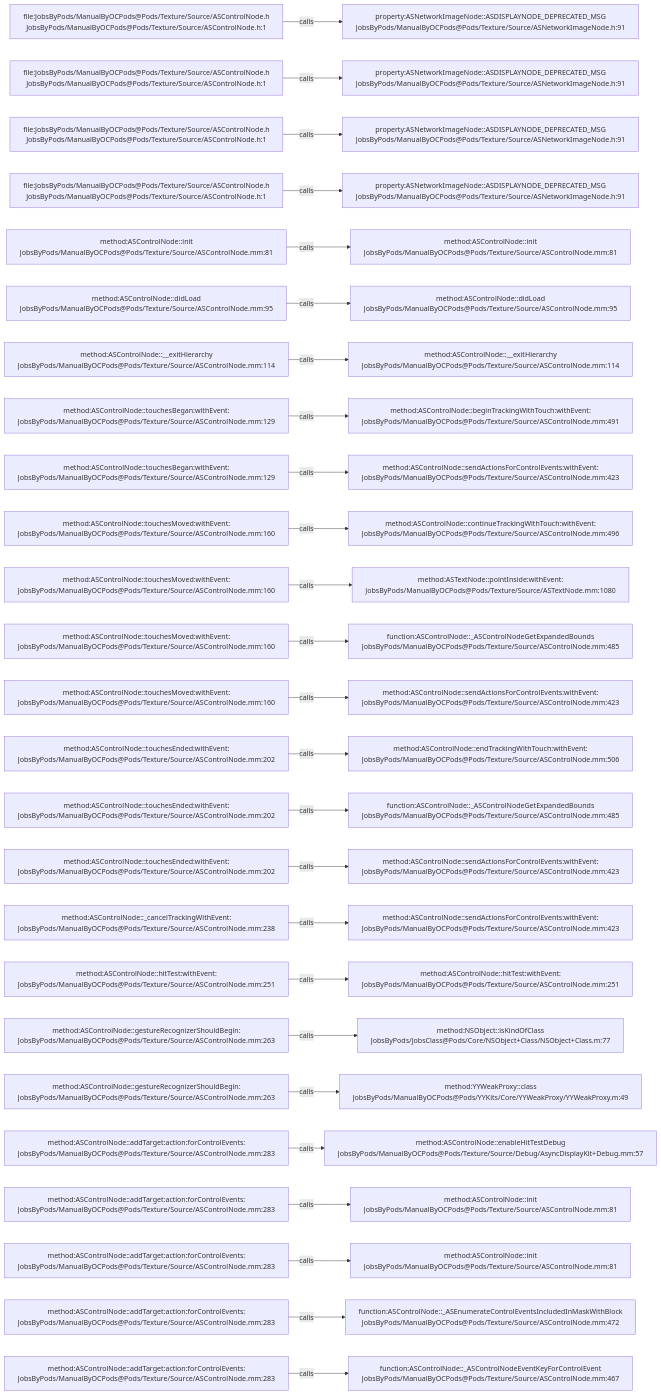
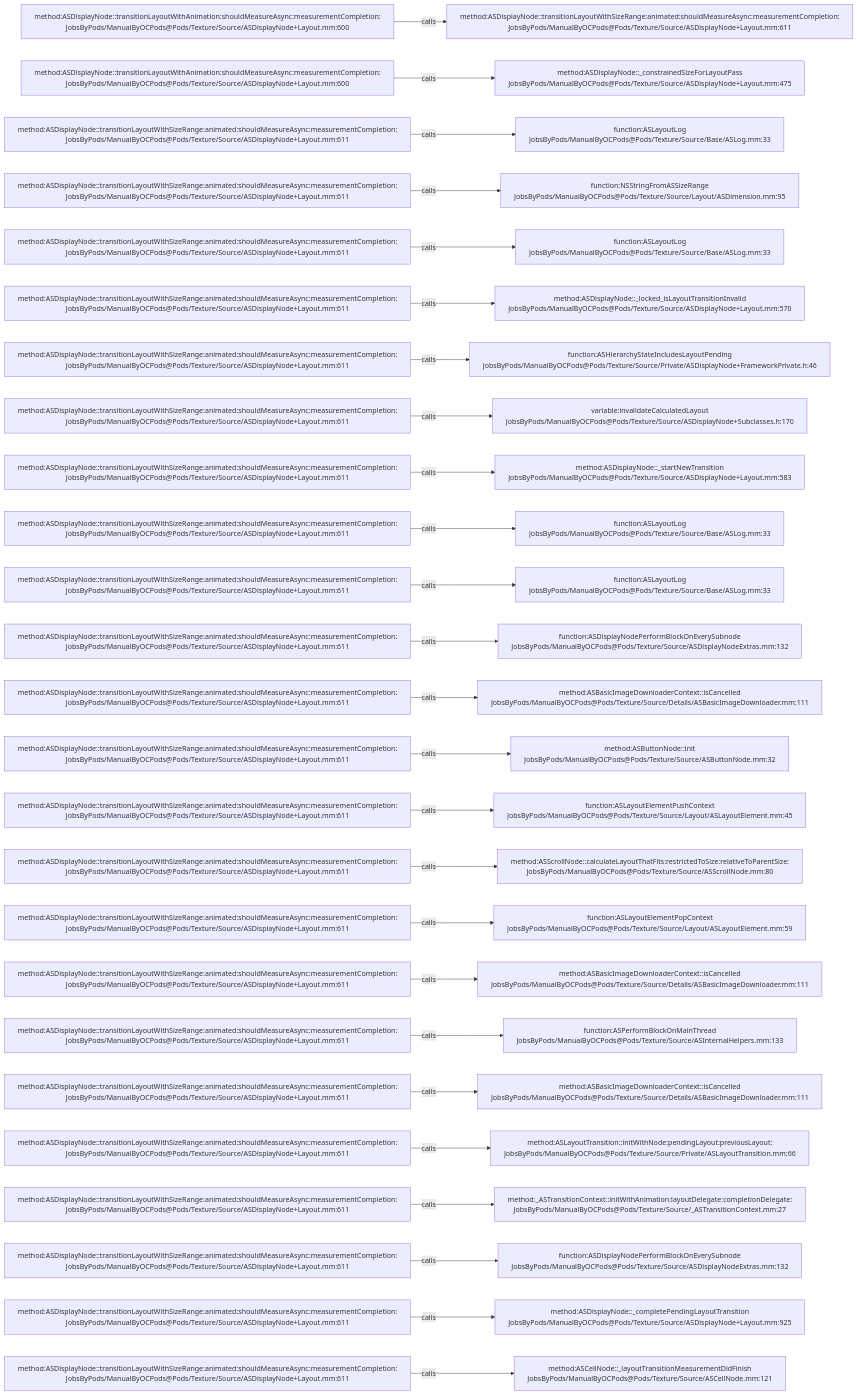
One commit to JobsKits/JobsOCBaseConfigDemo changed the diagram in .codegraph/codegraph.md/graphs/calls-094.md. Above: the diagram before and after it, drawn with Mermaid. The commit also changed 1223 other files, not shown here.

````diff
--- a/.codegraph/codegraph.md/graphs/calls-094.md
+++ b/.codegraph/codegraph.md/graphs/calls-094.md
@@ -13,78 +13,78 @@
 ```mermaid
 flowchart LR
-  S1["file:JobsByPods/ManualByOCPods@Pods/Texture/Source/ASControlNode.h<br/>JobsByPods/ManualByOCPods@Pods/Texture/Source/ASControlNode.h:1"]
-  T1["property:ASNetworkImageNode::ASDISPLAYNODE_DEPRECATED_MSG<br/>JobsByPods/ManualByOCPods@Pods/Texture/Source/ASNetworkImageNode.h:91"]
+  S1["method:ASDisplayNode::transitionLayoutWithAnimation:shouldMeasureAsync:measurementCompletion:<br/>JobsByPods/ManualByOCPods@Pods/Texture/Source/ASDisplayNode+Layout.mm:600"]
+  T1["method:ASDisplayNode::transitionLayoutWithSizeRange:animated:shouldMeasureAsync:measurementCompletion:<br/>JobsByPods/ManualByOCPods@Pods/Texture/Source/ASDisplayNode+Layout.mm:611"]
   S1 -->|calls| T1
-  S2["file:JobsByPods/ManualByOCPods@Pods/Texture/Source/ASControlNode.h<br/>JobsByPods/ManualByOCPods@Pods/Texture/Source/ASControlNode.h:1"]
-  T2["property:ASNetworkImageNode::ASDISPLAYNODE_DEPRECATED_MSG<br/>JobsByPods/ManualByOCPods@Pods/Texture/Source/ASNetworkImageNode.h:91"]
+  S2["method:ASDisplayNode::transitionLayoutWithAnimation:shouldMeasureAsync:measurementCompletion:<br/>JobsByPods/ManualByOCPods@Pods/Texture/Source/ASDisplayNode+Layout.mm:600"]
+  T2["method:ASDisplayNode::_constrainedSizeForLayoutPass<br/>JobsByPods/ManualByOCPods@Pods/Texture/Source/ASDisplayNode+Layout.mm:475"]
   S2 -->|calls| T2
-  S3["file:JobsByPods/ManualByOCPods@Pods/Texture/Source/ASControlNode.h<br/>JobsByPods/ManualByOCPods@Pods/Texture/Source/ASControlNode.h:1"]
-  T3["property:ASNetworkImageNode::ASDISPLAYNODE_DEPRECATED_MSG<br/>JobsByPods/ManualByOCPods@Pods/Texture/Source/ASNetworkImageNode.h:91"]
+  S3["method:ASDisplayNode::transitionLayoutWithSizeRange:animated:shouldMeasureAsync:measurementCompletion:<br/>JobsByPods/ManualByOCPods@Pods/Texture/Source/ASDisplayNode+Layout.mm:611"]
+  T3["function:ASLayoutLog<br/>JobsByPods/ManualByOCPods@Pods/Texture/Source/Base/ASLog.mm:33"]
   S3 -->|calls| T3
-  S4["file:JobsByPods/ManualByOCPods@Pods/Texture/Source/ASControlNode.h<br/>JobsByPods/ManualByOCPods@Pods/Texture/Source/ASControlNode.h:1"]
-  T4["property:ASNetworkImageNode::ASDISPLAYNODE_DEPRECATED_MSG<br/>JobsByPods/ManualByOCPods@Pods/Texture/Source/ASNetworkImageNode.h:91"]
+  S4["method:ASDisplayNode::transitionLayoutWithSizeRange:animated:shouldMeasureAsync:measurementCompletion:<br/>JobsByPods/ManualByOCPods@Pods/Texture/Source/ASDisplayNode+Layout.mm:611"]
+  T4["function:NSStringFromASSizeRange<br/>JobsByPods/ManualByOCPods@Pods/Texture/Source/Layout/ASDimension.mm:95"]
   S4 -->|calls| T4
-  S5["method:ASControlNode::init<br/>JobsByPods/ManualByOCPods@Pods/Texture/Source/ASControlNode.mm:81"]
-  T5["method:ASControlNode::init<br/>JobsByPods/ManualByOCPods@Pods/Texture/Source/ASControlNode.mm:81"]
+  S5["method:ASDisplayNode::transitionLayoutWithSizeRange:animated:shouldMeasureAsync:measurementCompletion:<br/>JobsByPods/ManualByOCPods@Pods/Texture/Source/ASDisplayNode+Layout.mm:611"]
+  T5["function:ASLayoutLog<br/>JobsByPods/ManualByOCPods@Pods/Texture/Source/Base/ASLog.mm:33"]
   S5 -->|calls| T5
-  S6["method:ASControlNode::didLoad<br/>JobsByPods/ManualByOCPods@Pods/Texture/Source/ASControlNode.mm:95"]
-  T6["method:ASControlNode::didLoad<br/>JobsByPods/ManualByOCPods@Pods/Texture/Source/ASControlNode.mm:95"]
+  S6["method:ASDisplayNode::transitionLayoutWithSizeRange:animated:shouldMeasureAsync:measurementCompletion:<br/>JobsByPods/ManualByOCPods@Pods/Texture/Source/ASDisplayNode+Layout.mm:611"]
+  T6["method:ASDisplayNode::_locked_isLayoutTransitionInvalid<br/>JobsByPods/ManualByOCPods@Pods/Texture/Source/ASDisplayNode+Layout.mm:570"]
   S6 -->|calls| T6
-  S7["method:ASControlNode::__exitHierarchy<br/>JobsByPods/ManualByOCPods@Pods/Texture/Source/ASControlNode.mm:114"]
-  T7["method:ASControlNode::__exitHierarchy<br/>JobsByPods/ManualByOCPods@Pods/Texture/Source/ASControlNode.mm:114"]
+  S7["method:ASDisplayNode::transitionLayoutWithSizeRange:animated:shouldMeasureAsync:measurementCompletion:<br/>JobsByPods/ManualByOCPods@Pods/Texture/Source/ASDisplayNode+Layout.mm:611"]
+  T7["function:ASHierarchyStateIncludesLayoutPending<br/>JobsByPods/ManualByOCPods@Pods/Texture/Source/Private/ASDisplayNode+FrameworkPrivate.h:46"]
   S7 -->|calls| T7
-  S8["method:ASControlNode::touchesBegan:withEvent:<br/>JobsByPods/ManualByOCPods@Pods/Texture/Source/ASControlNode.mm:129"]
-  T8["method:ASControlNode::beginTrackingWithTouch:withEvent:<br/>JobsByPods/ManualByOCPods@Pods/Texture/Source/ASControlNode.mm:491"]
+  S8["method:ASDisplayNode::transitionLayoutWithSizeRange:animated:shouldMeasureAsync:measurementCompletion:<br/>JobsByPods/ManualByOCPods@Pods/Texture/Source/ASDisplayNode+Layout.mm:611"]
+  T8["variable:invalidateCalculatedLayout<br/>JobsByPods/ManualByOCPods@Pods/Texture/Source/ASDisplayNode+Subclasses.h:170"]
   S8 -->|calls| T8
-  S9["method:ASControlNode::touchesBegan:withEvent:<br/>JobsByPods/ManualByOCPods@Pods/Texture/Source/ASControlNode.mm:129"]
-  T9["method:ASControlNode::sendActionsForControlEvents:withEvent:<br/>JobsByPods/ManualByOCPods@Pods/Texture/Source/ASControlNode.mm:423"]
+  S9["method:ASDisplayNode::transitionLayoutWithSizeRange:animated:shouldMeasureAsync:measurementCompletion:<br/>JobsByPods/ManualByOCPods@Pods/Texture/Source/ASDisplayNode+Layout.mm:611"]
+  T9["method:ASDisplayNode::_startNewTransition<br/>JobsByPods/ManualByOCPods@Pods/Texture/Source/ASDisplayNode+Layout.mm:583"]
   S9 -->|calls| T9
-  S10["method:ASControlNode::touchesMoved:withEvent:<br/>JobsByPods/ManualByOCPods@Pods/Texture/Source/ASControlNode.mm:160"]
-  T10["method:ASControlNode::continueTrackingWithTouch:withEvent:<br/>JobsByPods/ManualByOCPods@Pods/Texture/Source/ASControlNode.mm:496"]
+  S10["method:ASDisplayNode::transitionLayoutWithSizeRange:animated:shouldMeasureAsync:measurementCompletion:<br/>JobsByPods/ManualByOCPods@Pods/Texture/Source/ASDisplayNode+Layout.mm:611"]
+  T10["function:ASLayoutLog<br/>JobsByPods/ManualByOCPods@Pods/Texture/Source/Base/ASLog.mm:33"]
   S10 -->|calls| T10
-  S11["method:ASControlNode::touchesMoved:withEvent:<br/>JobsByPods/ManualByOCPods@Pods/Texture/Source/ASControlNode.mm:160"]
-  T11["method:ASTextNode::pointInside:withEvent:<br/>JobsByPods/ManualByOCPods@Pods/Texture/Source/ASTextNode.mm:1080"]
+  S11["method:ASDisplayNode::transitionLayoutWithSizeRange:animated:shouldMeasureAsync:measurementCompletion:<br/>JobsByPods/ManualByOCPods@Pods/Texture/Source/ASDisplayNode+Layout.mm:611"]
+  T11["function:ASLayoutLog<br/>JobsByPods/ManualByOCPods@Pods/Texture/Source/Base/ASLog.mm:33"]
   S11 -->|calls| T11
-  S12["method:ASControlNode::touchesMoved:withEvent:<br/>JobsByPods/ManualByOCPods@Pods/Texture/Source/ASControlNode.mm:160"]
-  T12["function:ASControlNode::_ASControlNodeGetExpandedBounds<br/>JobsByPods/ManualByOCPods@Pods/Texture/Source/ASControlNode.mm:485"]
+  S12["method:ASDisplayNode::transitionLayoutWithSizeRange:animated:shouldMeasureAsync:measurementCompletion:<br/>JobsByPods/ManualByOCPods@Pods/Texture/Source/ASDisplayNode+Layout.mm:611"]
+  T12["function:ASDisplayNodePerformBlockOnEverySubnode<br/>JobsByPods/ManualByOCPods@Pods/Texture/Source/ASDisplayNodeExtras.mm:132"]
   S12 -->|calls| T12
-  S13["method:ASControlNode::touchesMoved:withEvent:<br/>JobsByPods/ManualByOCPods@Pods/Texture/Source/ASControlNode.mm:160"]
-  T13["method:ASControlNode::sendActionsForControlEvents:withEvent:<br/>JobsByPods/ManualByOCPods@Pods/Texture/Source/ASControlNode.mm:423"]
+  S13["method:ASDisplayNode::transitionLayoutWithSizeRange:animated:shouldMeasureAsync:measurementCompletion:<br/>JobsByPods/ManualByOCPods@Pods/Texture/Source/ASDisplayNode+Layout.mm:611"]
+  T13["method:ASBasicImageDownloaderContext::isCancelled<br/>JobsByPods/ManualByOCPods@Pods/Texture/Source/Details/ASBasicImageDownloader.mm:111"]
   S13 -->|calls| T13
-  S14["method:ASControlNode::touchesEnded:withEvent:<br/>JobsByPods/ManualByOCPods@Pods/Texture/Source/ASControlNode.mm:202"]
-  T14["method:ASControlNode::endTrackingWithTouch:withEvent:<br/>JobsByPods/ManualByOCPods@Pods/Texture/Source/ASControlNode.mm:506"]
+  S14["method:ASDisplayNode::transitionLayoutWithSizeRange:animated:shouldMeasureAsync:measurementCompletion:<br/>JobsByPods/ManualByOCPods@Pods/Texture/Source/ASDisplayNode+Layout.mm:611"]
+  T14["method:ASButtonNode::init<br/>JobsByPods/ManualByOCPods@Pods/Texture/Source/ASButtonNode.mm:32"]
   S14 -->|calls| T14
-  S15["method:ASControlNode::touchesEnded:withEvent:<br/>JobsByPods/ManualByOCPods@Pods/Texture/Source/ASControlNode.mm:202"]
-  T15["function:ASControlNode::_ASControlNodeGetExpandedBounds<br/>JobsByPods/ManualByOCPods@Pods/Texture/Source/ASControlNode.mm:485"]
+  S15["method:ASDisplayNode::transitionLayoutWithSizeRange:animated:shouldMeasureAsync:measurementCompletion:<br/>JobsByPods/ManualByOCPods@Pods/Texture/Source/ASDisplayNode+Layout.mm:611"]
+  T15["function:ASLayoutElementPushContext<br/>JobsByPods/ManualByOCPods@Pods/Texture/Source/Layout/ASLayoutElement.mm:45"]
   S15 -->|calls| T15
-  S16["method:ASControlNode::touchesEnded:withEvent:<br/>JobsByPods/ManualByOCPods@Pods/Texture/Source/ASControlNode.mm:202"]
-  T16["method:ASControlNode::sendActionsForControlEvents:withEvent:<br/>JobsByPods/ManualByOCPods@Pods/Texture/Source/ASControlNode.mm:423"]
+  S16["method:ASDisplayNode::transitionLayoutWithSizeRange:animated:shouldMeasureAsync:measurementCompletion:<br/>JobsByPods/ManualByOCPods@Pods/Texture/Source/ASDisplayNode+Layout.mm:611"]
+  T16["method:ASScrollNode::calculateLayoutThatFits:restrictedToSize:relativeToParentSize:<br/>JobsByPods/ManualByOCPods@Pods/Texture/Source/ASScrollNode.mm:80"]
   S16 -->|calls| T16
-  S17["method:ASControlNode::_cancelTrackingWithEvent:<br/>JobsByPods/ManualByOCPods@Pods/Texture/Source/ASControlNode.mm:238"]
-  T17["method:ASControlNode::sendActionsForControlEvents:withEvent:<br/>JobsByPods/ManualByOCPods@Pods/Texture/Source/ASControlNode.mm:423"]
+  S17["method:ASDisplayNode::transitionLayoutWithSizeRange:animated:shouldMeasureAsync:measurementCompletion:<br/>JobsByPods/ManualByOCPods@Pods/Texture/Source/ASDisplayNode+Layout.mm:611"]
+  T17["function:ASLayoutElementPopContext<br/>JobsByPods/ManualByOCPods@Pods/Texture/Source/Layout/ASLayoutElement.mm:59"]
   S17 -->|calls| T17
-  S18["method:ASControlNode::hitTest:withEvent:<br/>JobsByPods/ManualByOCPods@Pods/Texture/Source/ASControlNode.mm:251"]
-  T18["method:ASControlNode::hitTest:withEvent:<br/>JobsByPods/ManualByOCPods@Pods/Texture/Source/ASControlNode.mm:251"]
+  S18["method:ASDisplayNode::transitionLayoutWithSizeRange:animated:shouldMeasureAsync:measurementCompletion:<br/>JobsByPods/ManualByOCPods@Pods/Texture/Source/ASDisplayNode+Layout.mm:611"]
+  T18["method:ASBasicImageDownloaderContext::isCancelled<br/>JobsByPods/ManualByOCPods@Pods/Texture/Source/Details/ASBasicImageDownloader.mm:111"]
   S18 -->|calls| T18
-  S19["method:ASControlNode::gestureRecognizerShouldBegin:<br/>JobsByPods/ManualByOCPods@Pods/Texture/Source/ASControlNode.mm:263"]
-  T19["method:NSObject::isKindOfClass<br/>JobsByPods/JobsClass@Pods/Core/NSObject+Class/NSObject+Class.m:77"]
+  S19["method:ASDisplayNode::transitionLayoutWithSizeRange:animated:shouldMeasureAsync:measurementCompletion:<br/>JobsByPods/ManualByOCPods@Pods/Texture/Source/ASDisplayNode+Layout.mm:611"]
+  T19["function:ASPerformBlockOnMainThread<br/>JobsByPods/ManualByOCPods@Pods/Texture/Source/ASInternalHelpers.mm:133"]
   S19 -->|calls| T19
-  S20["method:ASControlNode::gestureRecognizerShouldBegin:<br/>JobsByPods/ManualByOCPods@Pods/Texture/Source/ASControlNode.mm:263"]
-  T20["method:YYWeakProxy::class<br/>JobsByPods/ManualByOCPods@Pods/YYKits/Core/YYWeakProxy/YYWeakProxy.m:49"]
+  S20["method:ASDisplayNode::transitionLayoutWithSizeRange:animated:shouldMeasureAsync:measurementCompletion:<br/>JobsByPods/ManualByOCPods@Pods/Texture/Source/ASDisplayNode+Layout.mm:611"]
+  T20["method:ASBasicImageDownloaderContext::isCancelled<br/>JobsByPods/ManualByOCPods@Pods/Texture/Source/Details/ASBasicImageDownloader.mm:111"]
   S20 -->|calls| T20
-  S21["method:ASControlNode::addTarget:action:forControlEvents:<br/>JobsByPods/ManualByOCPods@Pods/Texture/Source/ASControlNode.mm:283"]
-  T21["method:ASControlNode::enableHitTestDebug<br/>JobsByPods/ManualByOCPods@Pods/Texture/Source/Debug/AsyncDisplayKit+Debug.mm:57"]
+  S21["method:ASDisplayNode::transitionLayoutWithSizeRange:animated:shouldMeasureAsync:measurementCompletion:<br/>JobsByPods/ManualByOCPods@Pods/Texture/Source/ASDisplayNode+Layout.mm:611"]
+  T21["method:ASLayoutTransition::initWithNode:pendingLayout:previousLayout:<br/>JobsByPods/ManualByOCPods@Pods/Texture/Source/Private/ASLayoutTransition.mm:66"]
   S21 -->|calls| T21
-  S22["method:ASControlNode::addTarget:action:forControlEvents:<br/>JobsByPods/ManualByOCPods@Pods/Texture/Source/ASControlNode.mm:283"]
-  T22["method:ASControlNode::init<br/>JobsByPods/ManualByOCPods@Pods/Texture/Source/ASControlNode.mm:81"]
+  S22["method:ASDisplayNode::transitionLayoutWithSizeRange:animated:shouldMeasureAsync:measurementCompletion:<br/>JobsByPods/ManualByOCPods@Pods/Texture/Source/ASDisplayNode+Layout.mm:611"]
+  T22["method:_ASTransitionContext::initWithAnimation:layoutDelegate:completionDelegate:<br/>JobsByPods/ManualByOCPods@Pods/Texture/Source/_ASTransitionContext.mm:27"]
   S22 -->|calls| T22
-  S23["method:ASControlNode::addTarget:action:forControlEvents:<br/>JobsByPods/ManualByOCPods@Pods/Texture/Source/ASControlNode.mm:283"]
-  T23["method:ASControlNode::init<br/>JobsByPods/ManualByOCPods@Pods/Texture/Source/ASControlNode.mm:81"]
+  S23["method:ASDisplayNode::transitionLayoutWithSizeRange:animated:shouldMeasureAsync:measurementCompletion:<br/>JobsByPods/ManualByOCPods@Pods/Texture/Source/ASDisplayNode+Layout.mm:611"]
+  T23["function:ASDisplayNodePerformBlockOnEverySubnode<br/>JobsByPods/ManualByOCPods@Pods/Texture/Source/ASDisplayNodeExtras.mm:132"]
   S23 -->|calls| T23
-  S24["method:ASControlNode::addTarget:action:forControlEvents:<br/>JobsByPods/ManualByOCPods@Pods/Texture/Source/ASControlNode.mm:283"]
-  T24["function:ASControlNode::_ASEnumerateControlEventsIncludedInMaskWithBlock<br/>JobsByPods/ManualByOCPods@Pods/Texture/Source/ASControlNode.mm:472"]
+  S24["method:ASDisplayNode::transitionLayoutWithSizeRange:animated:shouldMeasureAsync:measurementCompletion:<br/>JobsByPods/ManualByOCPods@Pods/Texture/Source/ASDisplayNode+Layout.mm:611"]
+  T24["method:ASDisplayNode::_completePendingLayoutTransition<br/>JobsByPods/ManualByOCPods@Pods/Texture/Source/ASDisplayNode+Layout.mm:925"]
   S24 -->|calls| T24
-  S25["method:ASControlNode::addTarget:action:forControlEvents:<br/>JobsByPods/ManualByOCPods@Pods/Texture/Source/ASControlNode.mm:283"]
-  T25["function:ASControlNode::_ASControlNodeEventKeyForControlEvent<br/>JobsByPods/ManualByOCPods@Pods/Texture/Source/ASControlNode.mm:467"]
+  S25["method:ASDisplayNode::transitionLayoutWithSizeRange:animated:shouldMeasureAsync:measurementCompletion:<br/>JobsByPods/ManualByOCPods@Pods/Texture/Source/ASDisplayNode+Layout.mm:611"]
+  T25["method:ASCellNode::_layoutTransitionMeasurementDidFinish<br/>JobsByPods/ManualByOCPods@Pods/Texture/Source/ASCellNode.mm:121"]
   S25 -->|calls| T25
 ```
````
